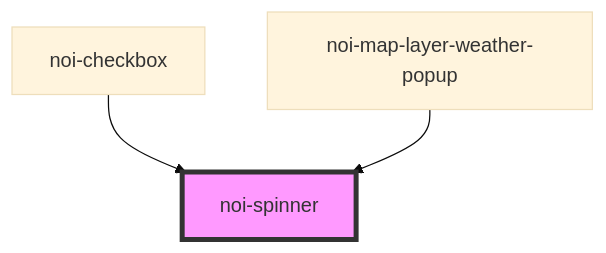
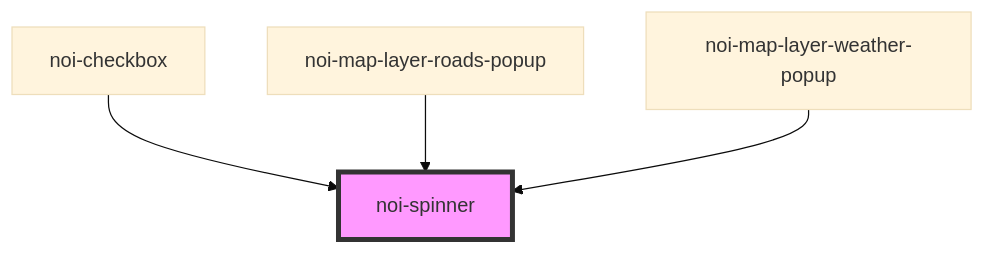
Before and after one commit to MaxXx1313/webcomp-digiway: the diagram in src/blocks/spinner/readme.md, drawn with Mermaid (base theme). The commit also changed other lines of this file and 5 other files, not shown here.

````diff
--- a/src/blocks/spinner/readme.md
+++ b/src/blocks/spinner/readme.md
@@ -29,6 +30,7 @@
 ```mermaid
 graph TD;
   noi-checkbox --> noi-spinner
+  noi-map-layer-roads-popup --> noi-spinner
   noi-map-layer-weather-popup --> noi-spinner
   style noi-spinner fill:#f9f,stroke:#333,stroke-width:4px
 ```
````
